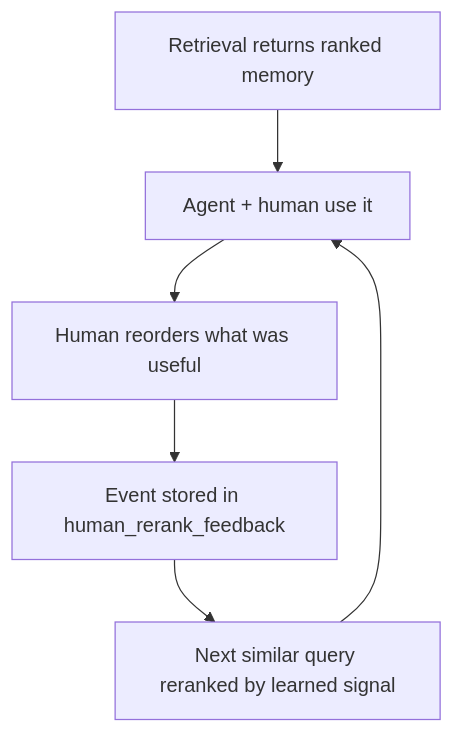
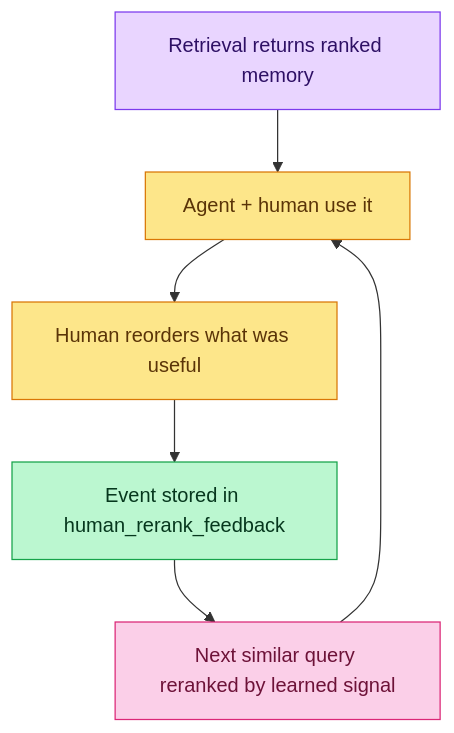
The seventh of 9 diagrams in Observational_Memory.md (ritwik-ghosh09/Agent-Agnostic-Observational-Memory), drawn with Mermaid before and after one commit. The commit also changed other lines of this file and 2 other files, not shown here.

First line of the commit message:
docs: deepen human-feedback reranking, tuning controls, and embedder fine-tuning in Observational_Memory.md

````diff
--- a/Observational_Memory.md
+++ b/Observational_Memory.md
@@ -471,8 +612,17 @@
 ```mermaid
 graph TD
     R1["Retrieval returns ranked memory"] --> U1["Agent + human use it"]
     U1 --> F1["Human reorders what was useful"]
     F1 --> S1["Event stored in human_rerank_feedback"]
     S1 --> R2["Next similar query reranked by learned signal"]
     R2 --> U1
+
+    classDef human fill:#fde68a,stroke:#d97706,stroke-width:1px,color:#5a3408;
+    classDef store fill:#bbf7d0,stroke:#16a34a,stroke-width:1px,color:#06371d;
+    classDef rerank fill:#fbcfe8,stroke:#db2777,stroke-width:1px,color:#6d1238;
+    classDef output fill:#e9d5ff,stroke:#7c3aed,stroke-width:1px,color:#2e1065;
+    class U1,F1 human;
+    class S1 store;
+    class R2 rerank;
+    class R1 output;
 ```
````
